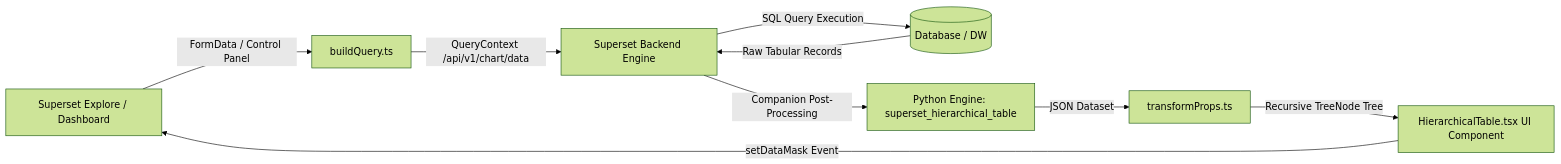
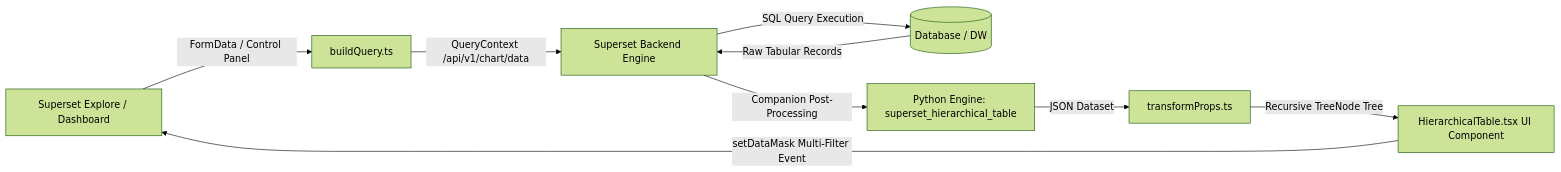
The diagram in README.md (FrancescoCastaldi/superset-plugin-chart-hierarchical-table), drawn with Mermaid (forest theme) before and after one commit. The commit also changed other lines of this file and 7 other files, not shown here.

````diff
--- a/README.md
+++ b/README.md
@@ -60,11 +61,11 @@
 ```mermaid
 flowchart LR
     A[Superset Explore / Dashboard] -->|FormData / Control Panel| B[buildQuery.ts]
     B -->|QueryContext /api/v1/chart/data| C[Superset Backend Engine]
     C -->|SQL Query Execution| D[(Database / DW)]
     D -->|Raw Tabular Records| C
     C -->|Companion Post-Processing| E[Python Engine: superset_hierarchical_table]
     E -->|JSON Dataset| F[transformProps.ts]
     F -->|Recursive TreeNode Tree| G[HierarchicalTable.tsx UI Component]
-    G -->|setDataMask Event| A
+    G -->|setDataMask Multi-Filter Event| A
 ```
````
